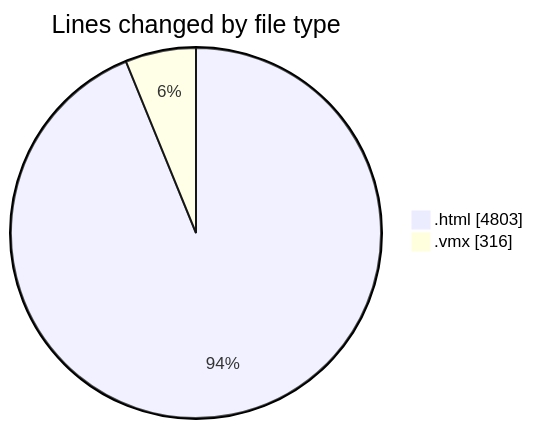
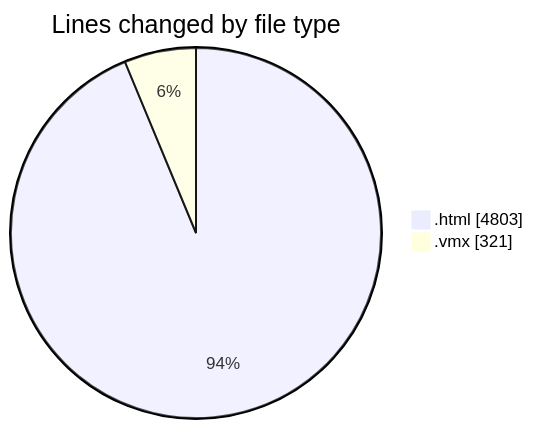
The first of 2 diagrams in 2026-07-13/untitled__workspace_/README.md (shibass792/code-tracking), drawn with Mermaid before and after one commit. The commit also changed other lines of this file and 1 other file, not shown here.

````diff
--- a/2026-07-13/untitled__workspace_/README.md
+++ b/2026-07-13/untitled__workspace_/README.md
@@ -22,6 +22,6 @@
 ```mermaid
 pie showData
 title Lines changed by file type
 ".html" : 4803
-".vmx" : 316
+".vmx" : 321
 ```
````
